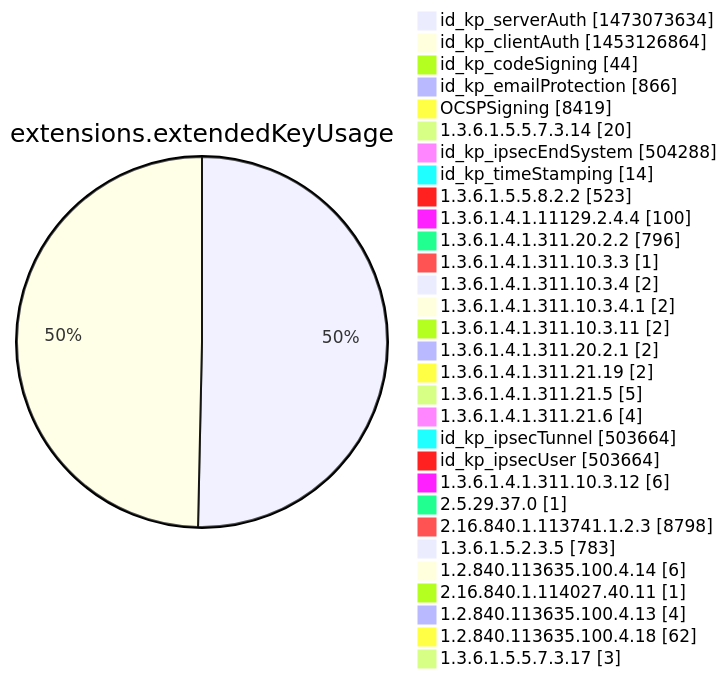
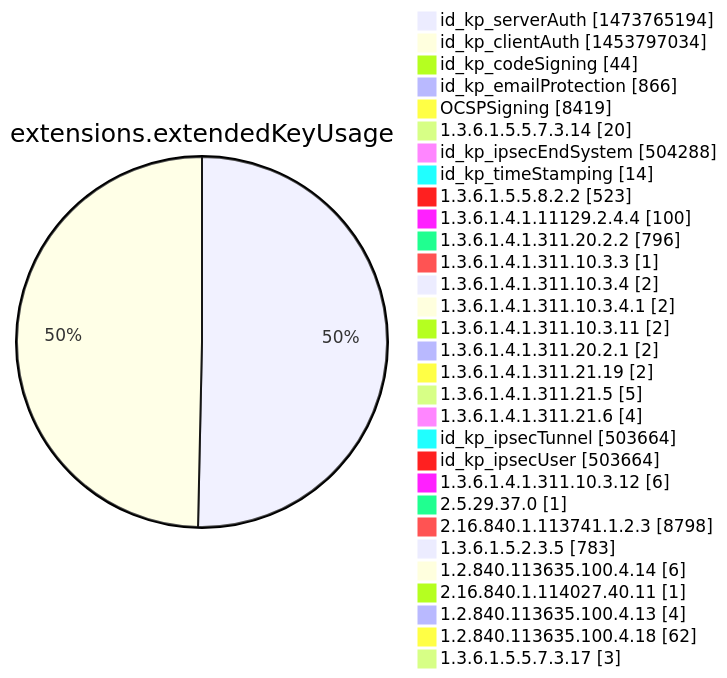
Diagram 12 of 15 in argon2022/README.md (christiankrug/ctmonitor_visualization), drawn with Mermaid before and after one commit. The commit also changed other lines of this file, not shown here.

````diff
--- a/argon2022/README.md
+++ b/argon2022/README.md
@@ -3555,34 +3555,34 @@
 ```mermaid
 pie showData
 title extensions.extendedKeyUsage
-"id_kp_serverAuth" :1473073634
-"id_kp_clientAuth" :1453126864
+"id_kp_serverAuth" :1473765194
+"id_kp_clientAuth" :1453797034
 "id_kp_codeSigning" :44
 "id_kp_emailProtection" :866
 "OCSPSigning" :8419
 "1.3.6.1.5.5.7.3.14" :20
 "id_kp_ipsecEndSystem" :504288
 "id_kp_timeStamping" :14
 "1.3.6.1.5.5.8.2.2" :523
 "1.3.6.1.4.1.11129.2.4.4" :100
 "1.3.6.1.4.1.311.20.2.2" :796
 "1.3.6.1.4.1.311.10.3.3" :1
 "1.3.6.1.4.1.311.10.3.4" :2
 "1.3.6.1.4.1.311.10.3.4.1" :2
 "1.3.6.1.4.1.311.10.3.11" :2
 "1.3.6.1.4.1.311.20.2.1" :2
 "1.3.6.1.4.1.311.21.19" :2
 "1.3.6.1.4.1.311.21.5" :5
 "1.3.6.1.4.1.311.21.6" :4
 "id_kp_ipsecTunnel" :503664
 "id_kp_ipsecUser" :503664
 "1.3.6.1.4.1.311.10.3.12" :6
 "2.5.29.37.0" :1
 "2.16.840.1.113741.1.2.3" :8798
 "1.3.6.1.5.2.3.5" :783
 "1.2.840.113635.100.4.14" :6
 "2.16.840.1.114027.40.11" :1
 "1.2.840.113635.100.4.13" :4
 "1.2.840.113635.100.4.18" :62
 "1.3.6.1.5.5.7.3.17" :3
 ```
````
